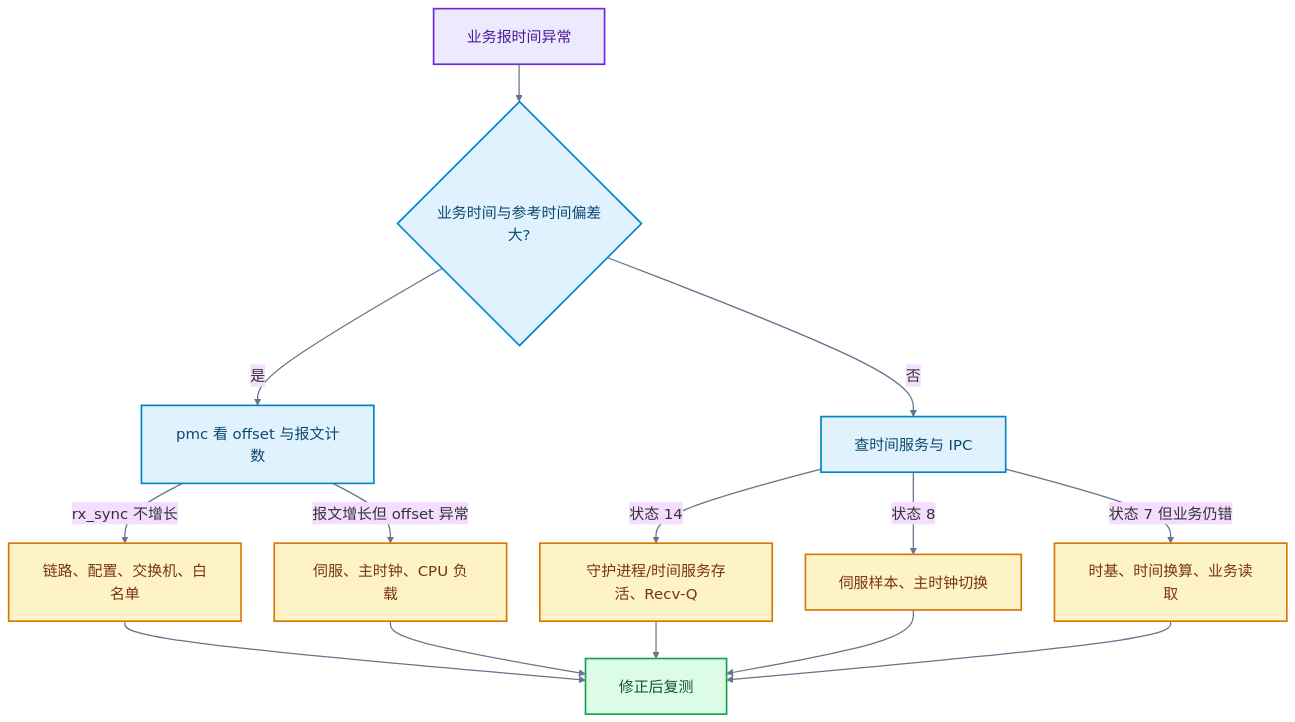
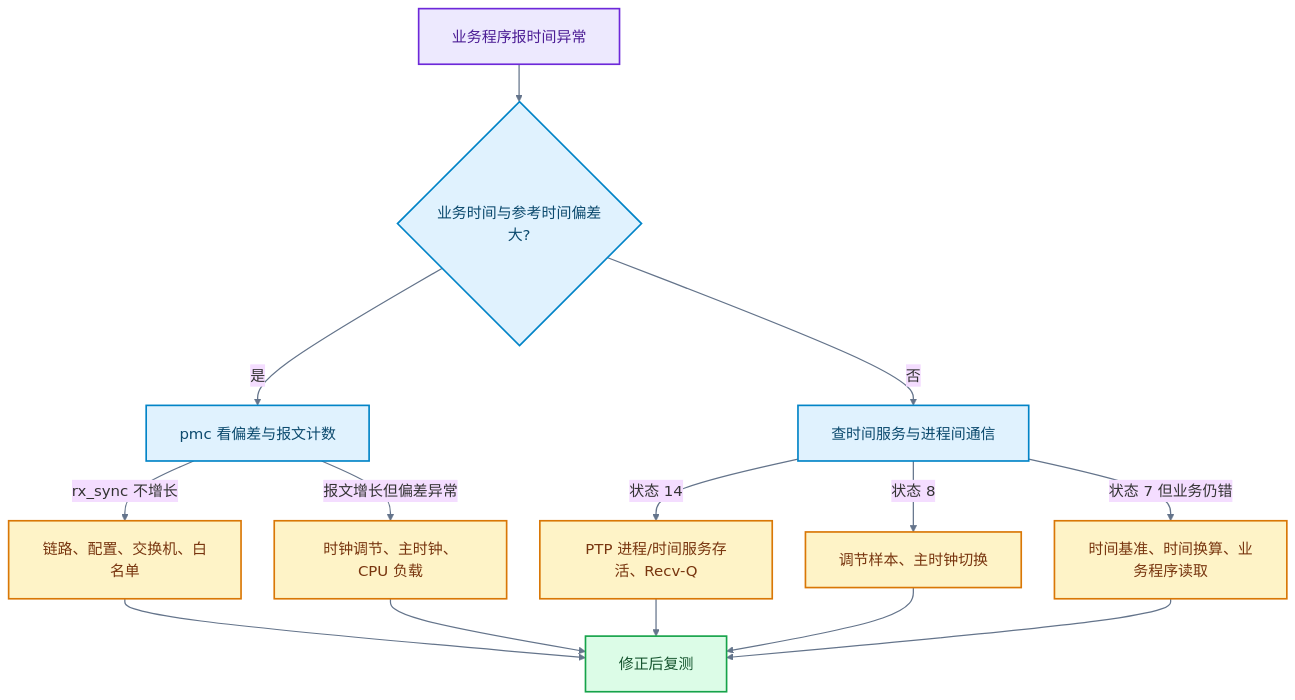
One commit to DeguiLiu/tech-notes changed the third of 5 diagrams in content/posts/performance/ptp_state_machine_field_troubleshooting.md. Above: the diagram before and after it, drawn with Mermaid. The commit also changed other lines of this file, not shown here.

Commit message:
story-docs(blog): simplify PTP troubleshooting language

````diff
--- a/content/posts/performance/ptp_state_machine_field_troubleshooting.md
+++ b/content/posts/performance/ptp_state_machine_field_troubleshooting.md
@@ -178,27 +230,27 @@
 ```mermaid
 %%{init: {"theme":"base","themeVariables":{"fontFamily":"sans-serif","fontSize":"18px","lineColor":"#455A64"},"flowchart":{"htmlLabels":true,"padding":20,"nodeSpacing":40,"rankSpacing":45}}}%%
 flowchart TD
-    A["业务报时间异常"] --> B{"业务时间与参考时间偏差大?"}
-    B -->|"是"| C["pmc 看 offset 与报文计数"]
-    B -->|"否"| D["查时间服务与 IPC"]
+    A["业务程序报时间异常"] --> B{"业务时间与参考时间偏差大?"}
+    B -->|"是"| C["pmc 看偏差与报文计数"]
+    B -->|"否"| D["查时间服务与进程间通信"]
     C -->|"rx_sync 不增长"| E["链路、配置、交换机、白名单"]
-    C -->|"报文增长但 offset 异常"| F["伺服、主时钟、CPU 负载"]
-    D -->|"状态 14"| G["守护进程/时间服务存活、Recv-Q"]
-    D -->|"状态 8"| H["伺服样本、主时钟切换"]
-    D -->|"状态 7 但业务仍错"| I["时基、时间换算、业务读取"]
+    C -->|"报文增长但偏差异常"| F["时钟调节、主时钟、CPU 负载"]
+    D -->|"状态 14"| G["PTP 进程/时间服务存活、Recv-Q"]
+    D -->|"状态 8"| H["调节样本、主时钟切换"]
+    D -->|"状态 7 但业务仍错"| I["时间基准、时间换算、业务程序读取"]
     E --> J["修正后复测"]
     F --> J
     G --> J
     H --> J
     I --> J
 
     classDef start fill:#EDE9FE,stroke:#6D28D9,stroke-width:2px,color:#4C1D95
     classDef check fill:#E0F2FE,stroke:#0284C7,stroke-width:2px,color:#0C4A6E
     classDef fix fill:#FEF3C7,stroke:#D97706,stroke-width:2px,color:#78350F
     classDef done fill:#DCFCE7,stroke:#16A34A,stroke-width:2px,color:#14532D
     class A start
     class B,C,D check
     class E,F,G,H,I fix
     class J done
     linkStyle default stroke:#64748B,stroke-width:1.5px
 ```
````
